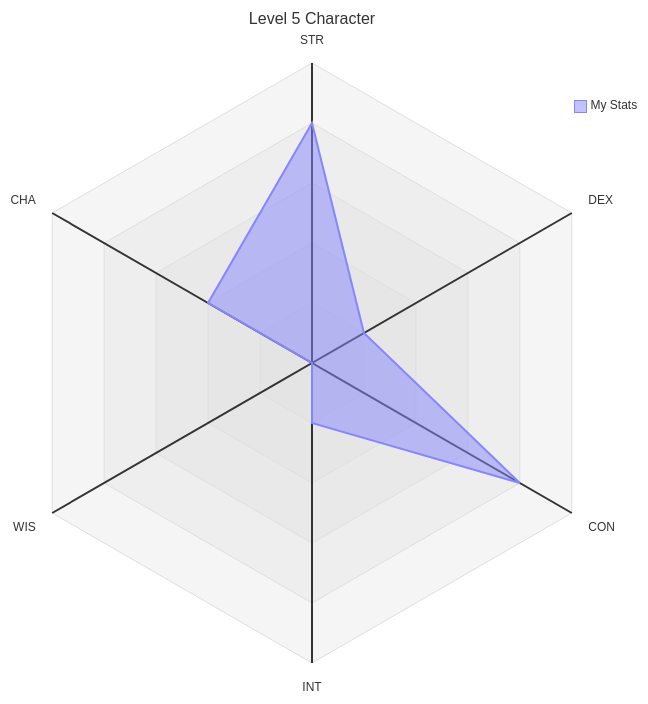
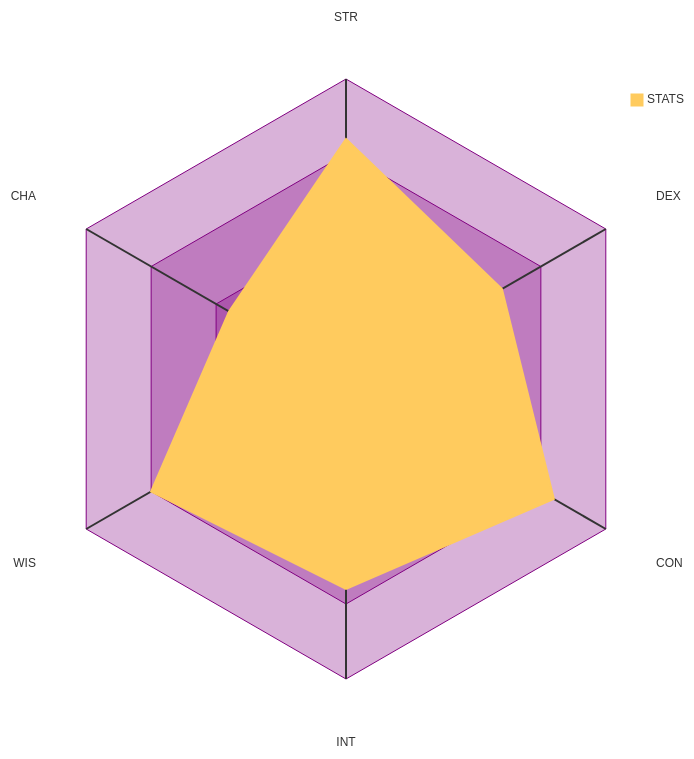
Before and after one commit to nicholaswagner/beta: the diagram in vault/index.md, drawn with Mermaid. The commit also changed other lines of this file and 6 other files, not shown here.

````diff
--- a/vault/index.md
+++ b/vault/index.md
@@ -25,9 +6,24 @@
 ```mermaid
-  radar-beta
-    title Level 5 Character
-    axis str["STR"], dex["DEX"], con["CON"], int["INT"], wis["WIS"], cha["CHA"]
-    curve stats["My Stats"]{4, 1, 4, 1, 0, 2}
-    max 5
-    min 0
-     graticule polygon
+---
+config:
+  radar:
+    curveTension: 0.5
+    axisLabelFactor: 1.18
+    marginTop: 80
+    marginBottom: 80
+    marginLeft: 80
+    marginRight: 80
+  theme: base
+  themeVariables:
+    radar:
+      curveOpacity: 1
+      graticuleColor: purple
+---
+radar-beta
+  axis str["STR"], dex["DEX"], con["CON"], int["INT"], wis["WIS"], cha["CHA"]
+  curve stats1["STATS"]{16, 12, 16, 14, 15, 9}
+  max 20
+  min 0
+  graticule polygon
+  ticks 4
 ```
````
